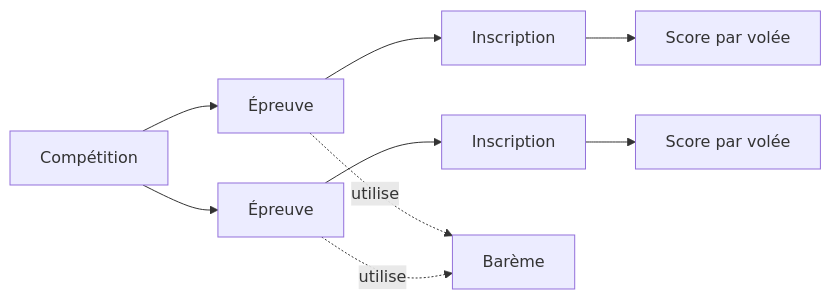
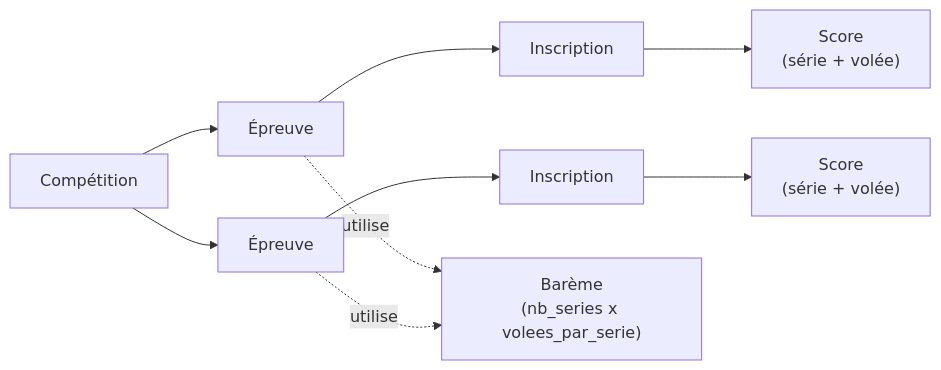
One commit to MrFanghoDev/fletchscore changed the first of 2 diagrams in docs/cahier-des-charges/modele-donnees.rst. Above: the diagram before and after it, drawn with Mermaid. The commit also changed other lines of this file and 8 other files, not shown here.

Commit message:
fix: Score.numero_serie ajouté -- levait l'ambiguïté volée 1 série 1 vs volée 1 série 2

```diff
--- a/docs/cahier-des-charges/modele-donnees.rst
+++ b/docs/cahier-des-charges/modele-donnees.rst
@@ -14,11 +18,11 @@
 .. mermaid::
 
    flowchart LR
        Comp[Compétition] --> Epr1[Épreuve]
        Comp --> Epr2[Épreuve]
        Epr1 --> Insc1[Inscription]
        Epr2 --> Insc2[Inscription]
-       Insc1 --> Sc1[Score par volée]
-       Insc2 --> Sc2[Score par volée]
-       Epr1 -.utilise.-> Bar[Barème]
+       Insc1 --> Sc1["Score\n(série + volée)"]
+       Insc2 --> Sc2["Score\n(série + volée)"]
+       Epr1 -.utilise.-> Bar["Barème\n(nb_series x volees_par_serie)"]
        Epr2 -.utilise.-> Bar
```
